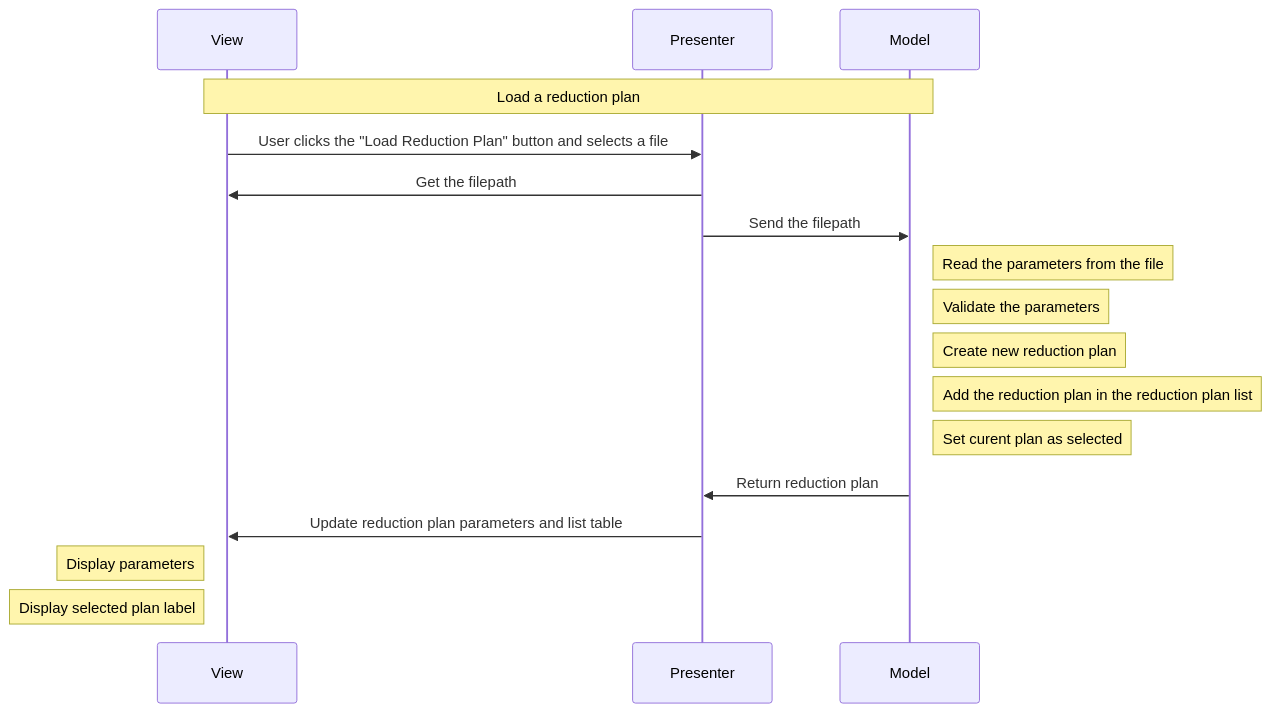
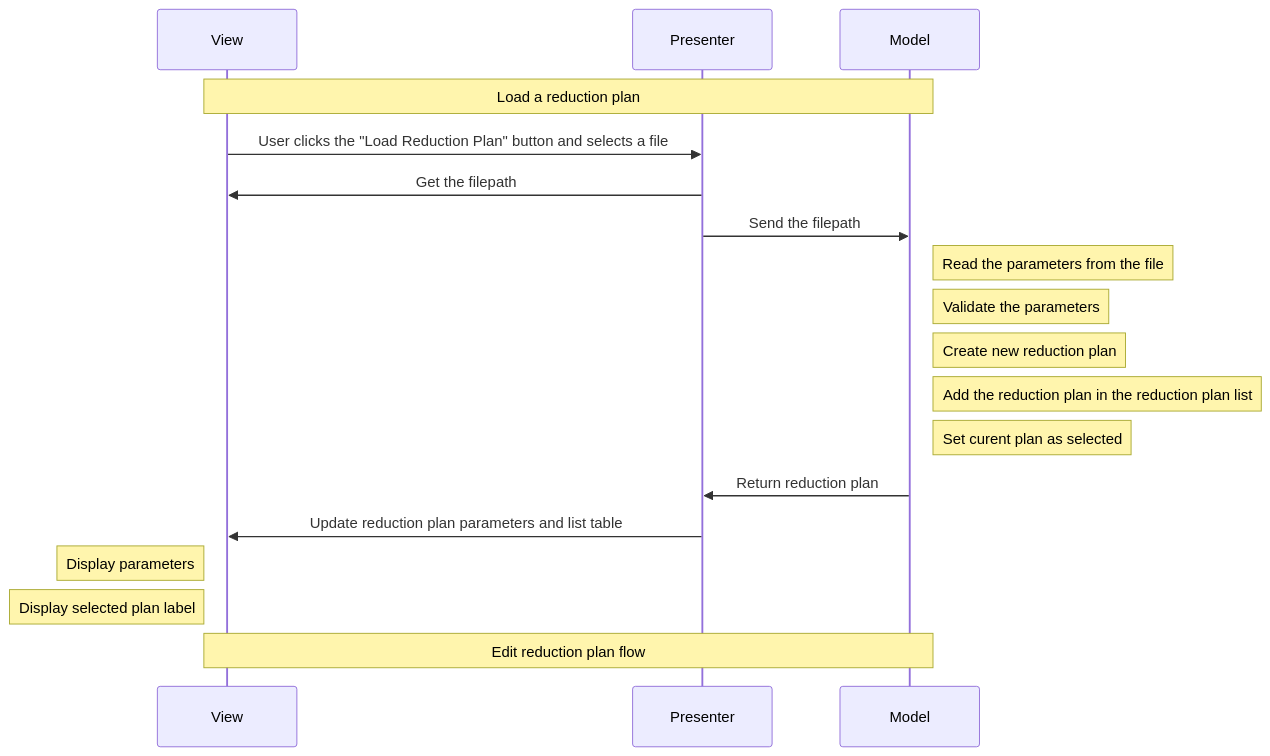
One commit to neutrons/garnet changed the seventh of 14 diagrams in docs/source/design/reduction_plan_mvp.rst. Above: the diagram before and after it, drawn with Mermaid. The commit also changed other lines of this file and 1 other file, not shown here.

Commit message:
unique identifier for reduction plan model, functionality updated, filepath exposed

```diff
--- a/docs/source/design/reduction_plan_mvp.rst
+++ b/docs/source/design/reduction_plan_mvp.rst
@@ -347,20 +396,21 @@
-    .. mermaid::
+        .. mermaid::
 
-        sequenceDiagram
-            participant View
-            participant Presenter
-            participant Model
+            sequenceDiagram
+                participant View
+                participant Presenter
+                participant Model
 
-            Note over View,Model: Load a reduction plan
-            View->>Presenter: User clicks the "Load Reduction Plan" button and selects a file
-            Presenter->>View: Get the filepath
-            Presenter->>Model: Send the filepath
-            Note right of Model: Read the parameters from the file
-            Note right of Model: Validate the parameters
-            Note right of Model: Create new reduction plan
-            Note right of Model: Add the reduction plan in the reduction plan list
-            Note right of Model: Set curent plan as selected
-            Model->>Presenter: Return reduction plan
-            Presenter->>View: Update reduction plan parameters and list table
-            Note left of View: Display parameters
-            Note left of View: Display selected plan label
+                Note over View,Model: Load a reduction plan
+                View->>Presenter: User clicks the "Load Reduction Plan" button and selects a file
+                Presenter->>View: Get the filepath
+                Presenter->>Model: Send the filepath
+                Note right of Model: Read the parameters from the file
+                Note right of Model: Validate the parameters
+                Note right of Model: Create new reduction plan
+                Note right of Model: Add the reduction plan in the reduction plan list
+                Note right of Model: Set curent plan as selected
+                Model->>Presenter: Return reduction plan
+                Presenter->>View: Update reduction plan parameters and list table
+                Note left of View: Display parameters
+                Note left of View: Display selected plan label
+                Note over View,Model: Edit reduction plan flow
```
